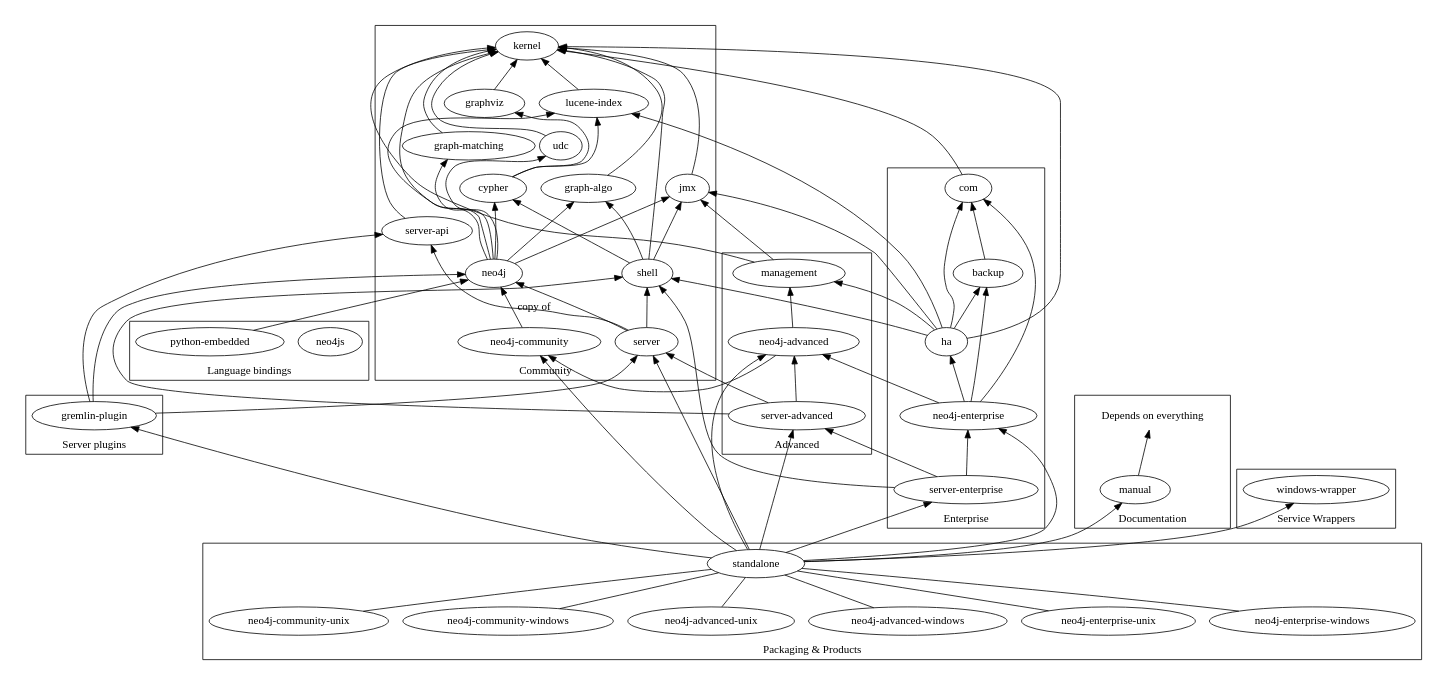
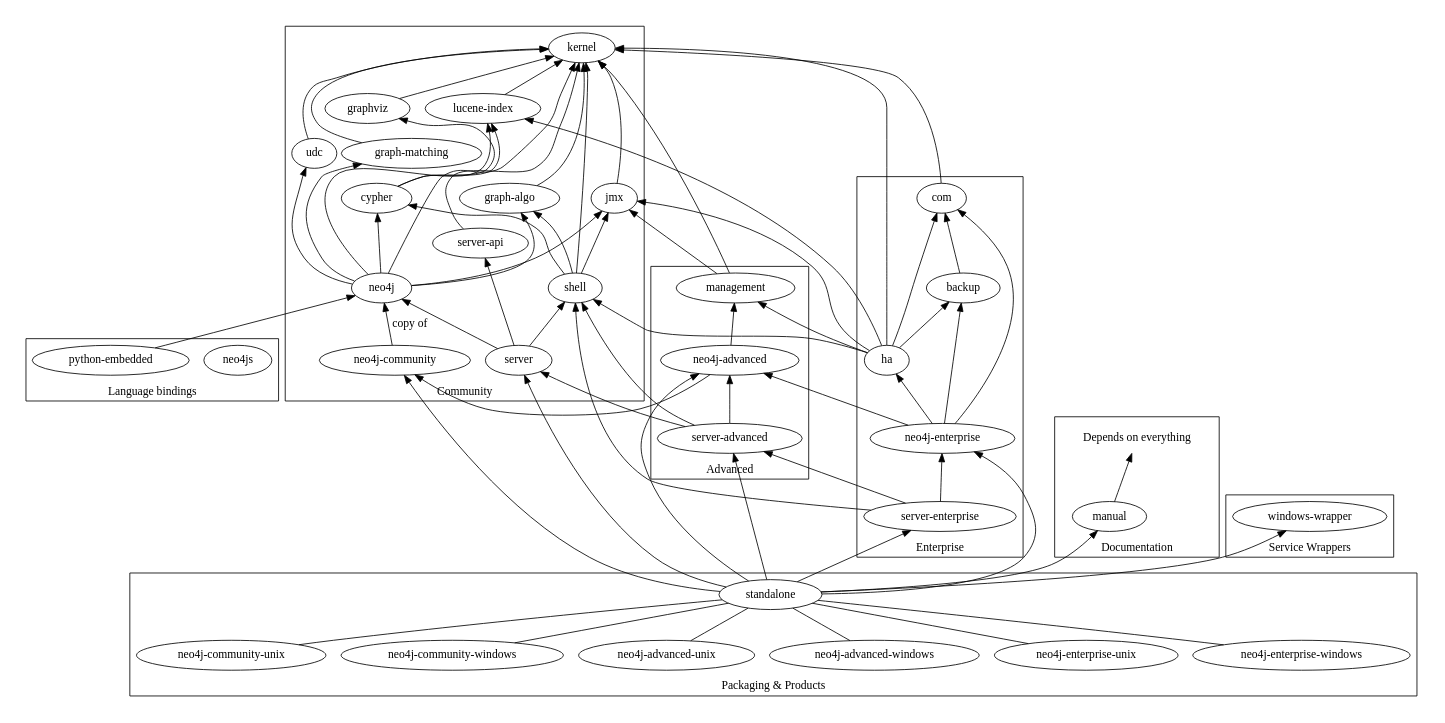
The diagram in manual/src/main/dot/artifacts.dot (neo4j/neo4j), drawn with Graphviz before and after one commit. The commit also changed 9 other files, not shown here.

Commit message:
Prepping the way for making gremlin plugin have it's own separate documentation

```diff
--- a/manual/src/main/dot/artifacts.dot
+++ b/manual/src/main/dot/artifacts.dot
@@ -1,107 +1,99 @@
 digraph g{
  graph [rankdir="BT" size="9.0,7.0"]
 
 subgraph cluster_community {
  label="Community"
  "lucene-index" -> "kernel"
  "jmx" -> "kernel"
  "graph-algo" -> "kernel"
  "graph-matching" -> "kernel"
  "graphviz" -> "kernel"
  "cypher" -> "lucene-index"
  "cypher" -> "graphviz"
  "shell" -> "kernel"
  "shell" -> "jmx"
  "shell" -> "graph-algo"
  "shell" -> "cypher"
  "udc" -> "kernel"
  "neo4j" -> "kernel"
  "neo4j" -> "lucene-index"
  "neo4j" -> "graph-algo"
  "neo4j" -> "graph-matching"
  "neo4j" -> "udc"
  "neo4j" -> "jmx"
  "neo4j" -> "cypher"
  "neo4j-community" -> "neo4j" [label="copy of"]
  "server-api" -> "kernel"
  "server" -> "server-api"
  "server" -> "neo4j"
  "server" -> "shell"
 }
 
 subgraph cluster_advanced {
  label="Advanced"
  "management" -> "kernel"
  "management" -> "jmx"
  "neo4j-advanced" -> "neo4j-community"
  "neo4j-advanced" -> "management"
  "server-advanced" -> "server"
  "server-advanced" -> "neo4j-advanced"
  "server-advanced" -> "shell"
 }
 
 subgraph cluster_enterprise {
  label="Enterprise"
  "com" -> "kernel"
  "backup" -> "com"
  "ha" -> "kernel"
  "ha" -> "jmx"
  "ha" -> "management"
  "ha" -> "backup"
  "ha" -> "lucene-index"
  "ha" -> "com"
  "ha" -> "shell"
  "neo4j-enterprise" -> "neo4j-advanced"
  "neo4j-enterprise" -> "com"
  "neo4j-enterprise" -> "backup"
  "neo4j-enterprise" -> "ha"
  "server-enterprise" -> "server-advanced"
  "server-enterprise" -> "neo4j-enterprise"
  "server-enterprise" -> "shell" 
 }
 
-subgraph cluster_serverplugins {
- label="Server plugins"
- "gremlin-plugin" -> "server-api"
- "gremlin-plugin" -> "server"
- "gremlin-plugin" -> "neo4j"
-}
-
 subgraph cluster_langs {
  label="Language bindings"
  "neo4js"
  "python-embedded" -> "neo4j"
 }
 
 subgraph cluster_docs {
  label="Documentation"
  "manual" -> "Depends on everything"
  "Depends on everything" [shape="plaintext"]
 }
 
 subgraph cluster_wrappers {
  label="Service Wrappers"
  "windows-wrapper"
 }
 
 
 subgraph cluster_packaging {
  label="Packaging & Products"
  "standalone" -> "neo4j-community"
  "standalone" -> "server"
  "standalone" -> "neo4j-advanced"
  "standalone" -> "server-advanced"
  "standalone" -> "neo4j-enterprise"
  "standalone" -> "server-enterprise"
- "standalone" -> "gremlin-plugin"
  "standalone" -> "windows-wrapper"
  "standalone" -> "manual"
  "neo4j-enterprise-windows" -> "standalone" [arrowhead="none"]
  "neo4j-enterprise-unix" -> "standalone" [arrowhead="none"]
  "neo4j-advanced-windows" -> "standalone" [arrowhead="none"]
  "neo4j-advanced-unix" -> "standalone" [arrowhead="none"]
  "neo4j-community-windows" -> "standalone" [arrowhead="none"]
  "neo4j-community-unix" -> "standalone" [arrowhead="none"]
 }
 
 }
```
